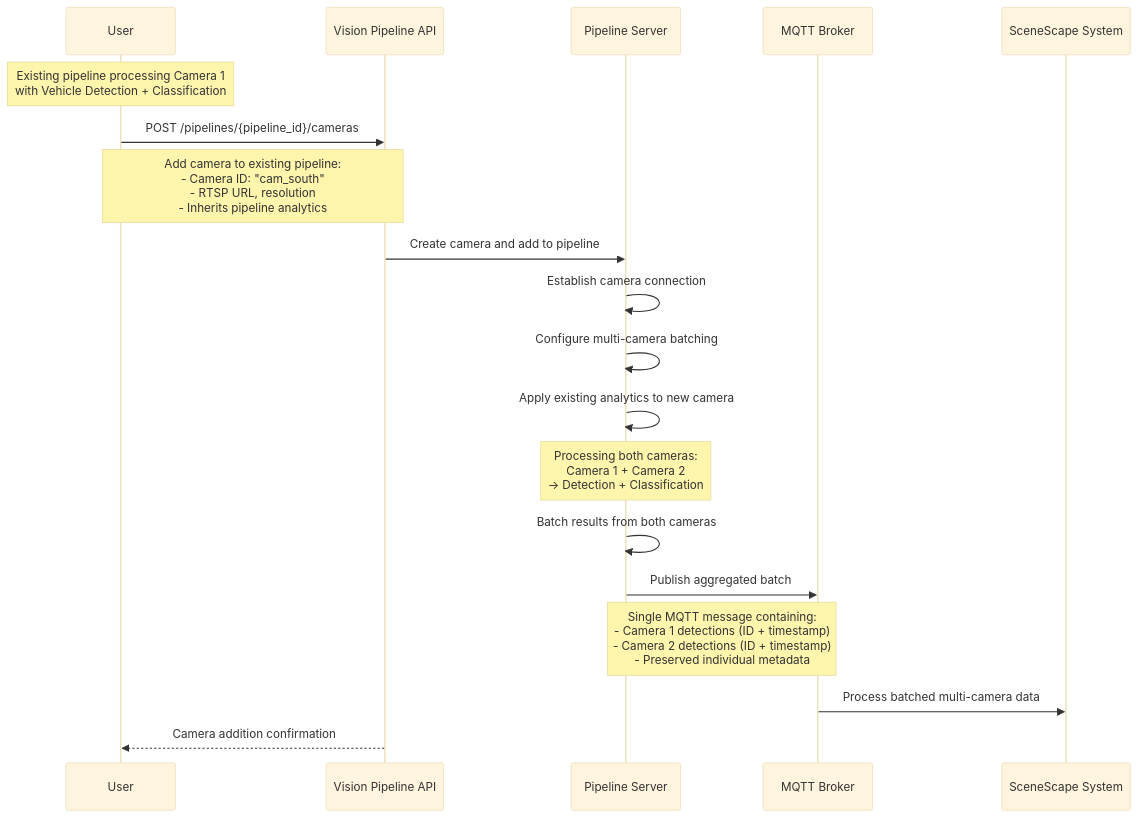
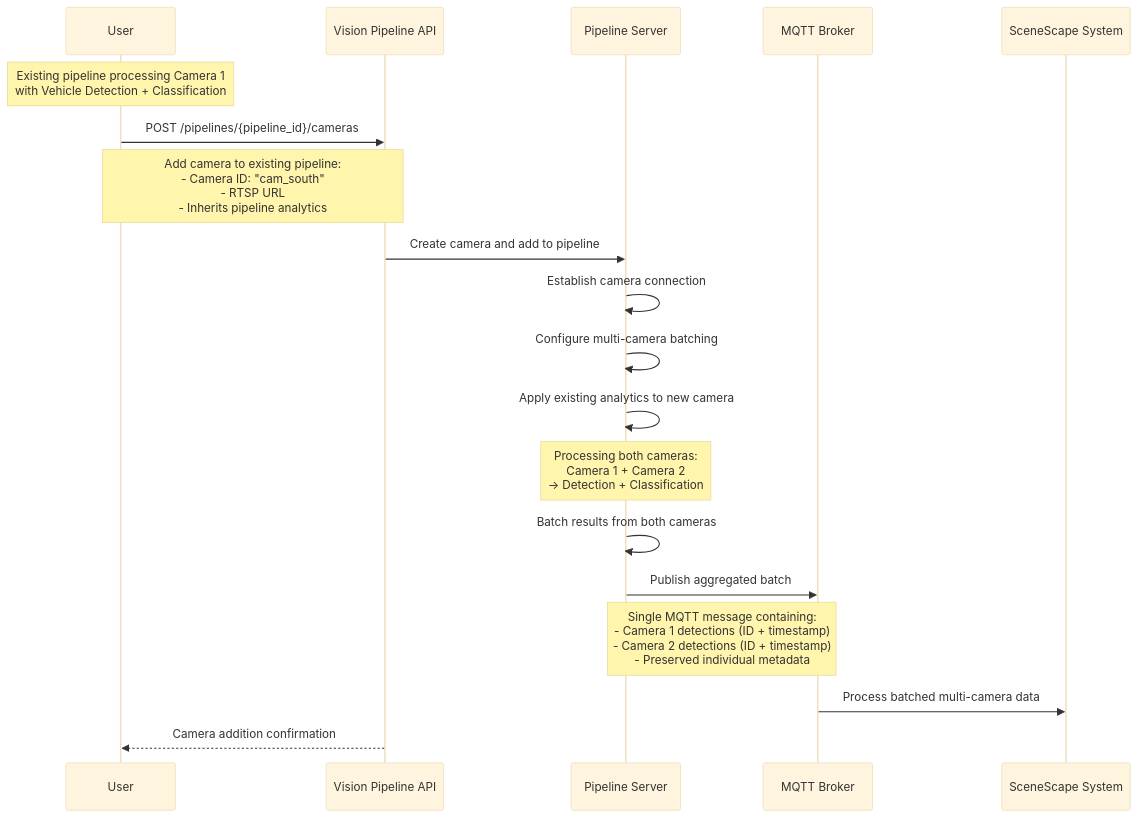
Before and after one commit to open-edge-platform/scenescape: the ninth of 10 diagrams in docs/design/vision-pipeline-overview.md, drawn with Mermaid (base theme). The commit also changed other lines of this file, not shown here.

First line of the commit message:
docs: enhance Vision Pipeline API design with core principles and resilience

````diff
--- a/docs/design/vision-pipeline-overview.md
+++ b/docs/design/vision-pipeline-overview.md
@@ -404,26 +468,26 @@
 ```mermaid
 sequenceDiagram
     participant User
     participant API as Vision Pipeline API
     participant Server as Pipeline Server
     participant MQTT as MQTT Broker
     participant SceneScape as SceneScape System
 
     Note over User: Existing pipeline processing Camera 1<br/>with Vehicle Detection + Classification
     
     User->>API: POST /pipelines/{pipeline_id}/cameras
-    Note over User,API: Add camera to existing pipeline:<br/>- Camera ID: "cam_south"<br/>- RTSP URL, resolution<br/>- Inherits pipeline analytics
+    Note over User,API: Add camera to existing pipeline:<br/>- Camera ID: "cam_south"<br/>- RTSP URL<br/>- Inherits pipeline analytics
     API->>Server: Create camera and add to pipeline
     Server->>Server: Establish camera connection
     Server->>Server: Configure multi-camera batching
     Server->>Server: Apply existing analytics to new camera
     
     Note over Server: Processing both cameras:<br/>Camera 1 + Camera 2<br/>→ Detection + Classification
     
     Server->>Server: Batch results from both cameras
     Server->>MQTT: Publish aggregated batch
     Note over Server,MQTT: Single MQTT message containing:<br/>- Camera 1 detections (ID + timestamp)<br/>- Camera 2 detections (ID + timestamp)<br/>- Preserved individual metadata
     
     MQTT->>SceneScape: Process batched multi-camera data
     API-->>User: Camera addition confirmation
 ```
````
